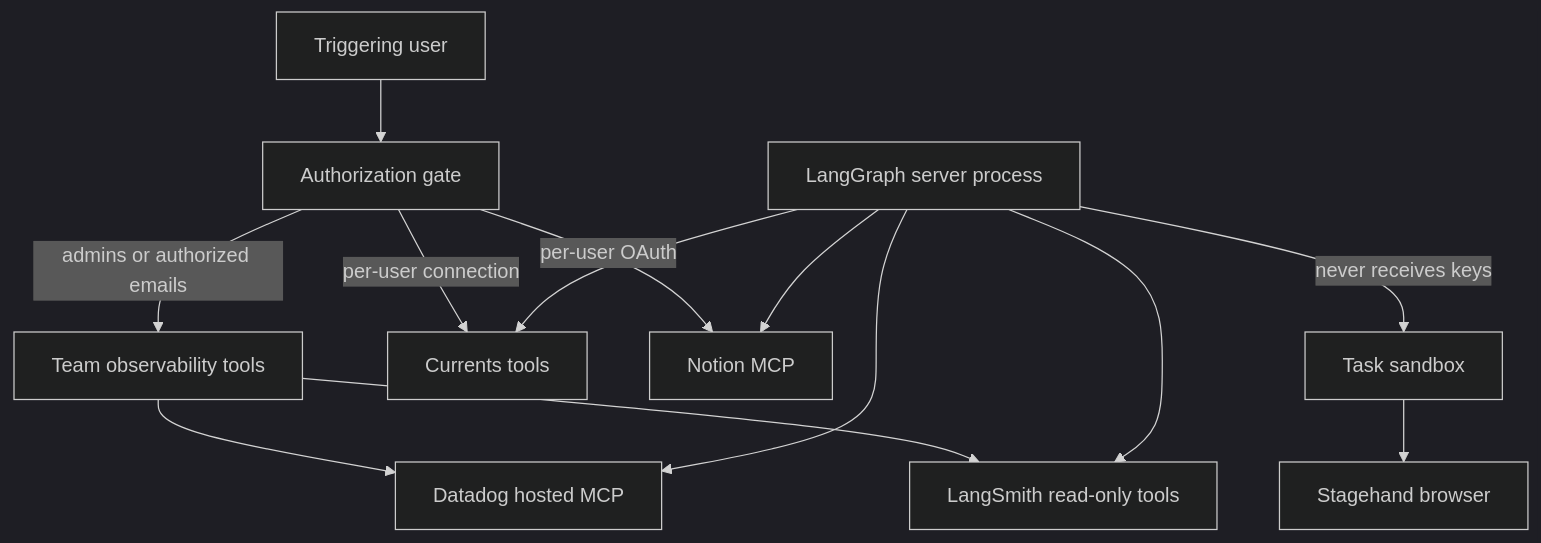
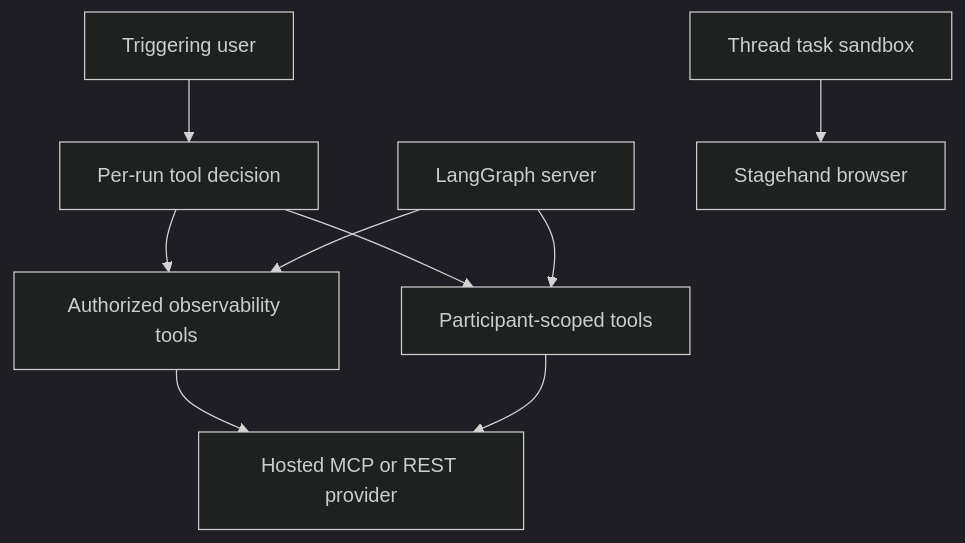
The diagram in openwiki/integrations/observability-and-mcp.md (langchain-ai/open-swe), drawn with Mermaid (dark theme) before and after one commit. The commit also changed other lines of this file and 52 other files, not shown here.

````diff
--- a/openwiki/integrations/observability-and-mcp.md
+++ b/openwiki/integrations/observability-and-mcp.md
@@ -75,15 +67,11 @@
 ```mermaid
 flowchart TD
-  User["Triggering user"] --> Gate["Authorization gate"]
-  Gate -->|"admins or authorized emails"| Team["Team observability tools"]
-  Team --> DD["Datadog hosted MCP"]
-  Team --> LS["LangSmith read-only tools"]
-  Gate -->|"per-user connection"| Cur["Currents tools"]
-  Gate -->|"per-user OAuth"| Notion["Notion MCP"]
-  Server["LangGraph server process"] --> DD
-  Server --> LS
-  Server --> Cur
-  Server --> Notion
-  Server -->|"never receives keys"| Sandbox["Task sandbox"]
-  Sandbox --> Stage["Stagehand browser"]
+  Trigger["Triggering user"] --> Decision["Per-run tool decision"]
+  Decision --> Obs["Authorized observability tools"]
+  Decision --> Personal["Participant-scoped tools"]
+  Server["LangGraph server"] --> Obs
+  Server --> Personal
+  Obs --> Hosted["Hosted MCP or REST provider"]
+  Personal --> Hosted
+  Sandbox["Thread task sandbox"] --> Browser["Stagehand browser"]
 ```
````
